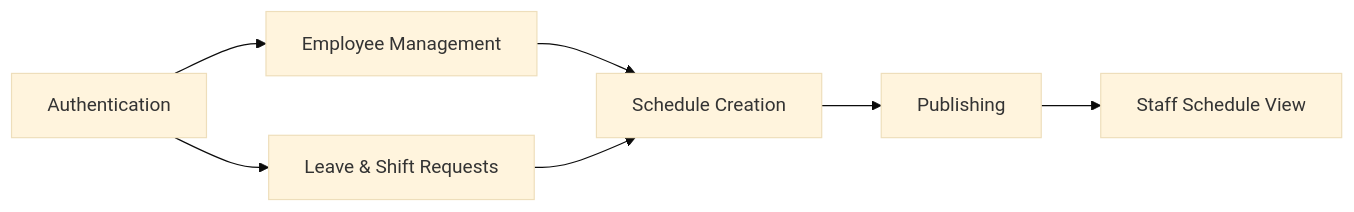
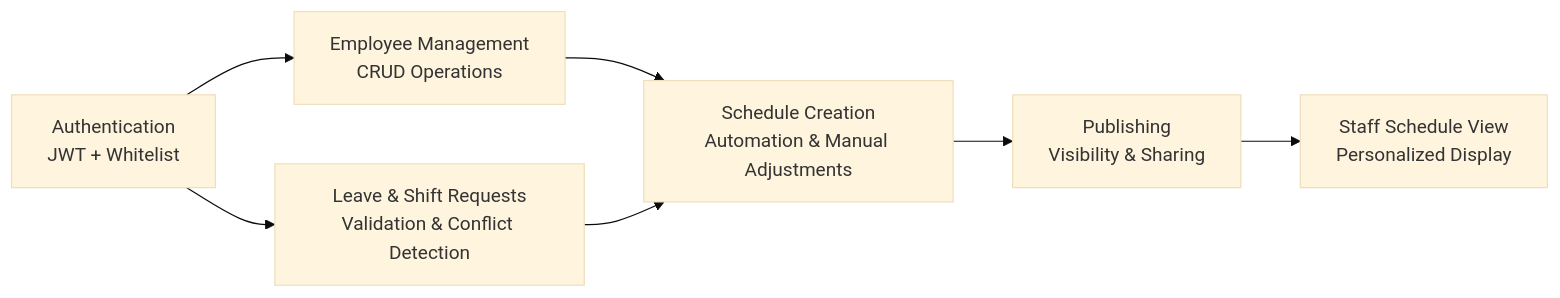
One commit to epo33m/scheduling changed the tenth of 10 diagrams in .qoder/repowiki/en/content/Product Requirements Document/Product Requirements Document.md. Above: the diagram before and after it, drawn with Mermaid (base theme). The commit also changed other lines of this file and 28 other files, not shown here.

````diff
--- a/.qoder/repowiki/en/content/Product Requirements Document/Product Requirements Document.md
+++ b/.qoder/repowiki/en/content/Product Requirements Document/Product Requirements Document.md
@@ -287,9 +305,9 @@
 ```mermaid
 graph LR
-Auth["Authentication"] --> Emp["Employee Management"]
-Auth --> Req["Leave & Shift Requests"]
-Emp --> Sched["Schedule Creation"]
+Auth["Authentication<br/>JWT + Whitelist"] --> Emp["Employee Management<br/>CRUD Operations"]
+Auth --> Req["Leave & Shift Requests<br/>Validation & Conflict Detection"]
+Emp --> Sched["Schedule Creation<br/>Automation & Manual Adjustments"]
 Req --> Sched
-Sched --> Pub["Publishing"]
-Pub --> View["Staff Schedule View"]
+Sched --> Pub["Publishing<br/>Visibility & Sharing"]
+Pub --> View["Staff Schedule View<br/>Personalized Display"]
 ```
````
